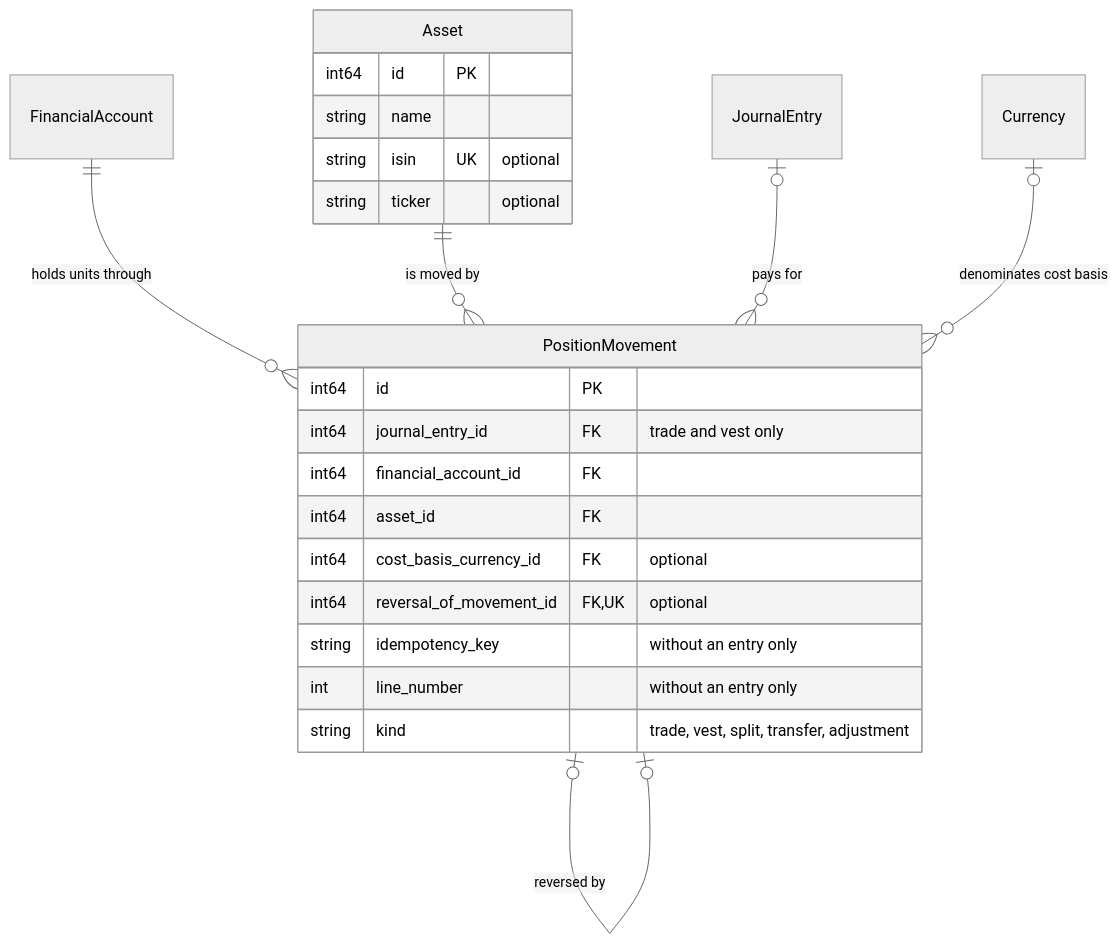
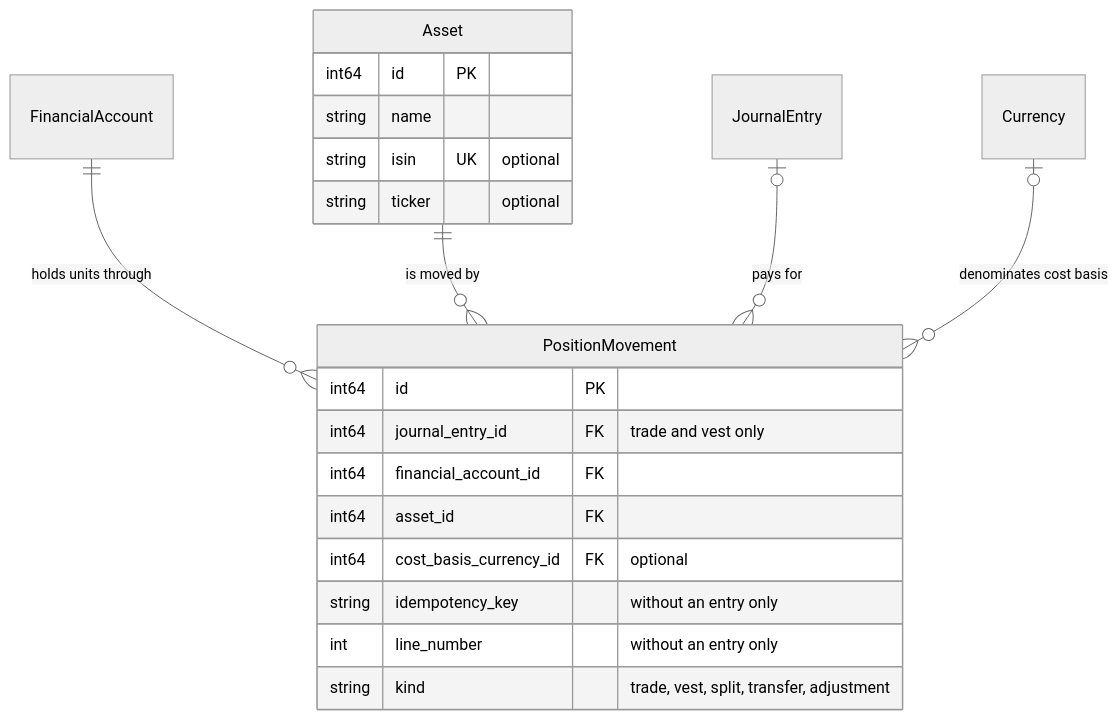
One commit to logicorg/ivfs changed the third of 4 diagrams in docs/onboarding/entity_relationships.md. Above: the diagram before and after it, drawn with Mermaid (neutral theme). The commit also changed other lines of this file and 91 other files, not shown here.

````diff
--- a/docs/onboarding/entity_relationships.md
+++ b/docs/onboarding/entity_relationships.md
@@ -171,26 +171,24 @@
 ```mermaid
 erDiagram
     FinancialAccount ||--o{ PositionMovement : "holds units through"
     Asset ||--o{ PositionMovement : "is moved by"
     JournalEntry |o--o{ PositionMovement : "pays for"
     Currency |o--o{ PositionMovement : "denominates cost basis"
-    PositionMovement |o--o| PositionMovement : "reversed by"
 
     PositionMovement {
         int64 id PK
         int64 journal_entry_id FK "trade and vest only"
         int64 financial_account_id FK
         int64 asset_id FK
         int64 cost_basis_currency_id FK "optional"
-        int64 reversal_of_movement_id FK, UK "optional"
         string idempotency_key "without an entry only"
         int line_number "without an entry only"
         string kind "trade, vest, split, transfer, adjustment"
     }
     Asset {
         int64 id PK
         string name
         string isin UK "optional"
         string ticker "optional"
     }
 ```
````
